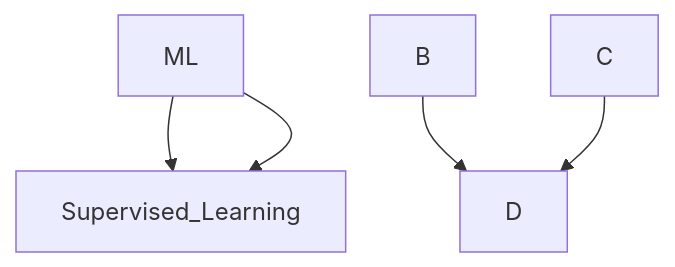
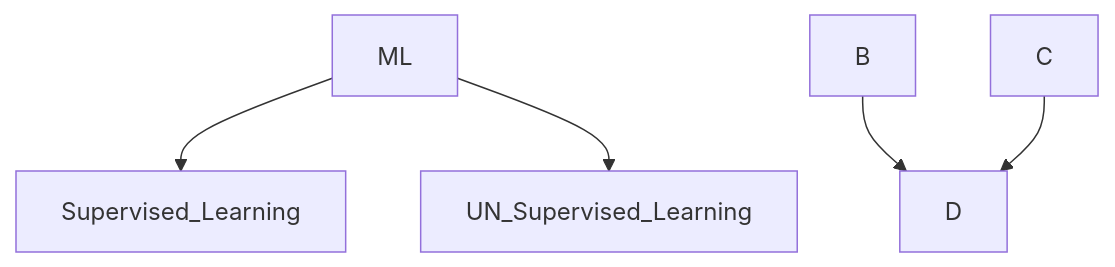
Before and after one commit to mokbhai/SiddhCoder: the second of 2 diagrams in ML/Notes/1-Terminologies.md, drawn with Mermaid.

````diff
--- a/ML/Notes/1-Terminologies.md
+++ b/ML/Notes/1-Terminologies.md
@@ -24,7 +24,7 @@
 ```mermaid
 graph TD;
     ML-->Supervised_Learning;
-    ML-->Supervised_Learning;
+    ML-->UN_Supervised_Learning;
     B-->D;
     C-->D;
 ```
````
